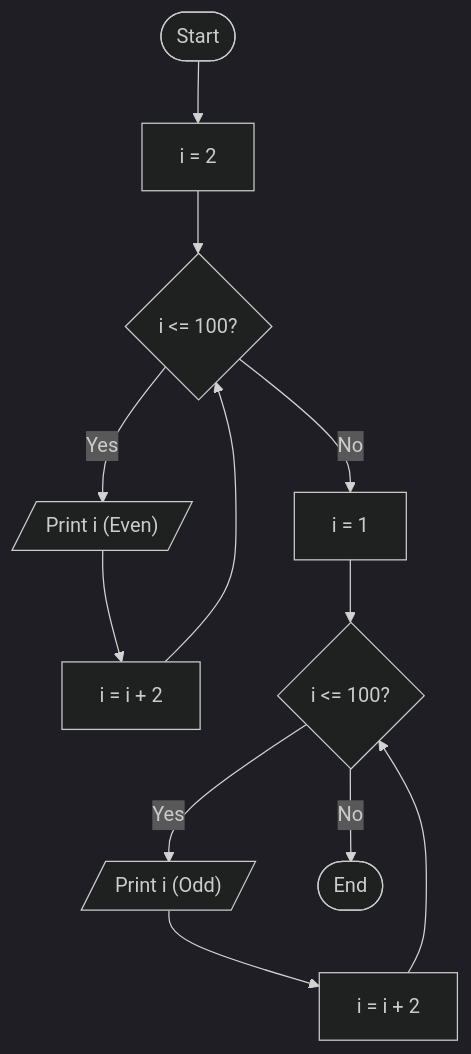
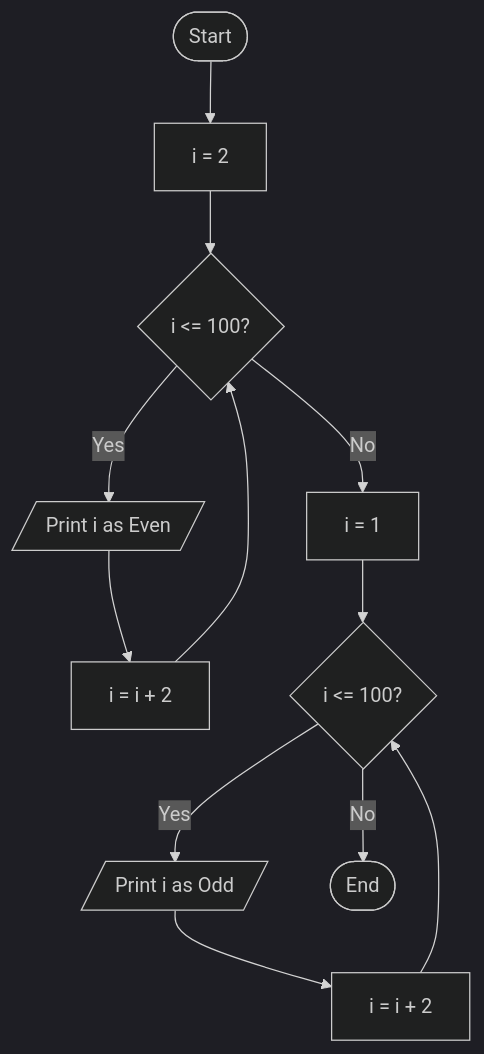
Diagram 24 of 41 in C_Programming_Exam_Answers.md (Marjuk06/HSC-C-Programing), drawn with Mermaid (dark theme) before and after one commit. The commit also changed other lines of this file, not shown here.

````diff
--- a/C_Programming_Exam_Answers.md
+++ b/C_Programming_Exam_Answers.md
@@ -1421,14 +1318,14 @@
 ```mermaid
 flowchart TD
     A([Start]) --> B["i = 2"]
     B --> C{"i <= 100?"}
-    C -- Yes --> D[/"Print i (Even)"/]
+    C -- Yes --> D[/"Print i as Even"/]
     D --> E["i = i + 2"]
     E --> C
     C -- No --> F["i = 1"]
     F --> G{"i <= 100?"}
-    G -- Yes --> H[/"Print i (Odd)"/]
+    G -- Yes --> H[/"Print i as Odd"/]
     H --> I["i = i + 2"]
     I --> G
     G -- No --> J([End])
 ```
````
